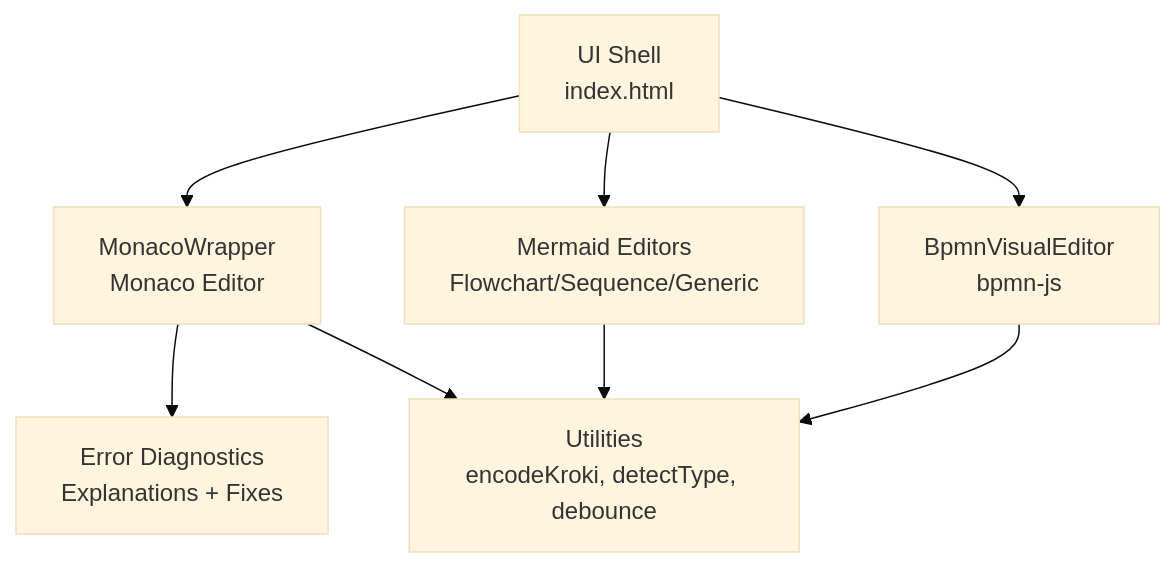
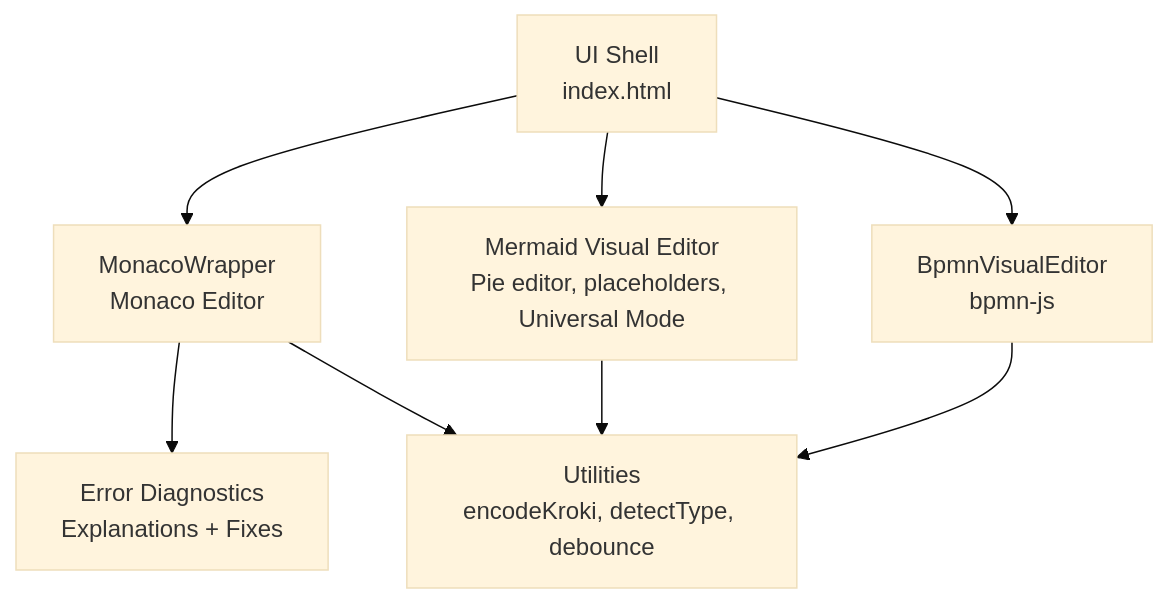
Before and after one commit to ongchonghian/universal-diagram-editor: the first of 5 diagrams in .qoder/repowiki/en/content/Troubleshooting and FAQ.md, drawn with Mermaid (base theme). The commit also changed other lines of this file and 31 other files, not shown here.

````diff
--- a/.qoder/repowiki/en/content/Troubleshooting and FAQ.md
+++ b/.qoder/repowiki/en/content/Troubleshooting and FAQ.md
@@ -42,10 +41,10 @@
 ```mermaid
 graph TB
 UI["UI Shell<br/>index.html"] --> Monaco["MonacoWrapper<br/>Monaco Editor"]
-UI --> MermaidEditor["Mermaid Editors<br/>Flowchart/Sequence/Generic"]
+UI --> MermaidEditor["Mermaid Visual Editor<br/>Pie editor, placeholders, Universal Mode"]
 UI --> BpmnEditor["BpmnVisualEditor<br/>bpmn-js"]
 Monaco --> Diagnostics["Error Diagnostics<br/>Explanations + Fixes"]
 Monaco --> Utils["Utilities<br/>encodeKroki, detectType, debounce"]
 MermaidEditor --> Utils
 BpmnEditor --> Utils
 ```
````
